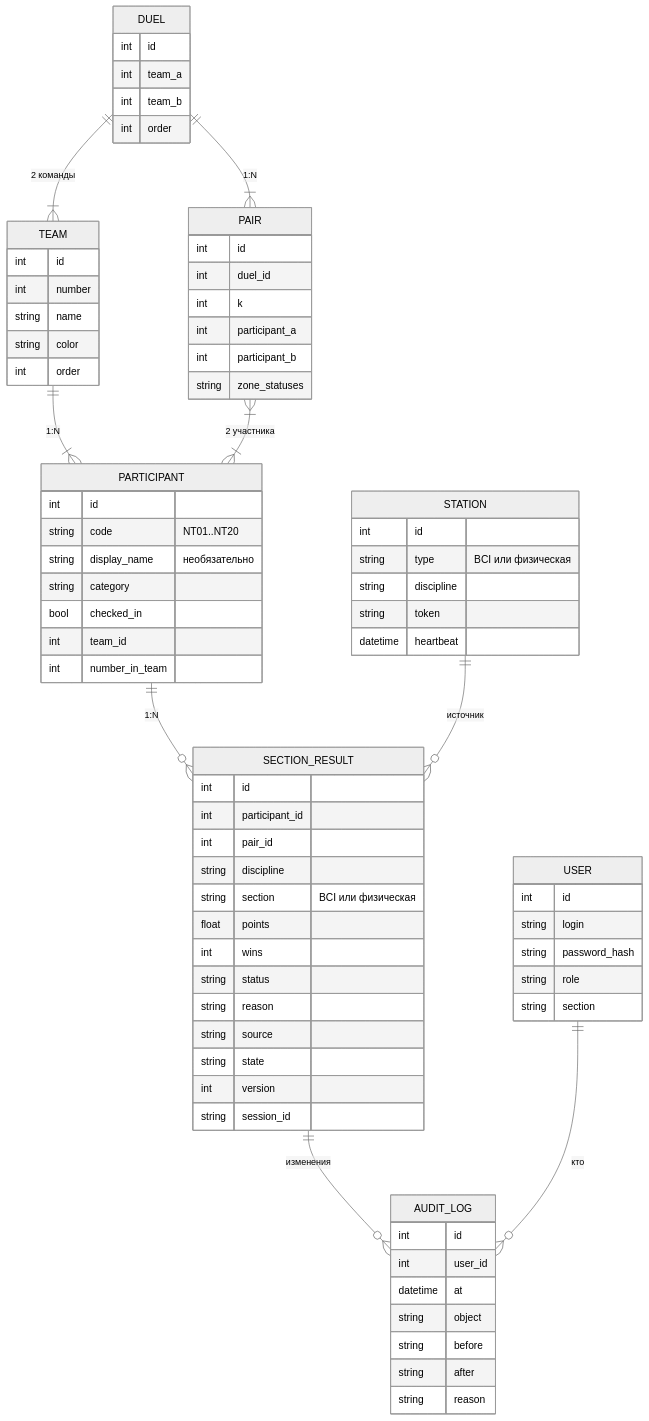
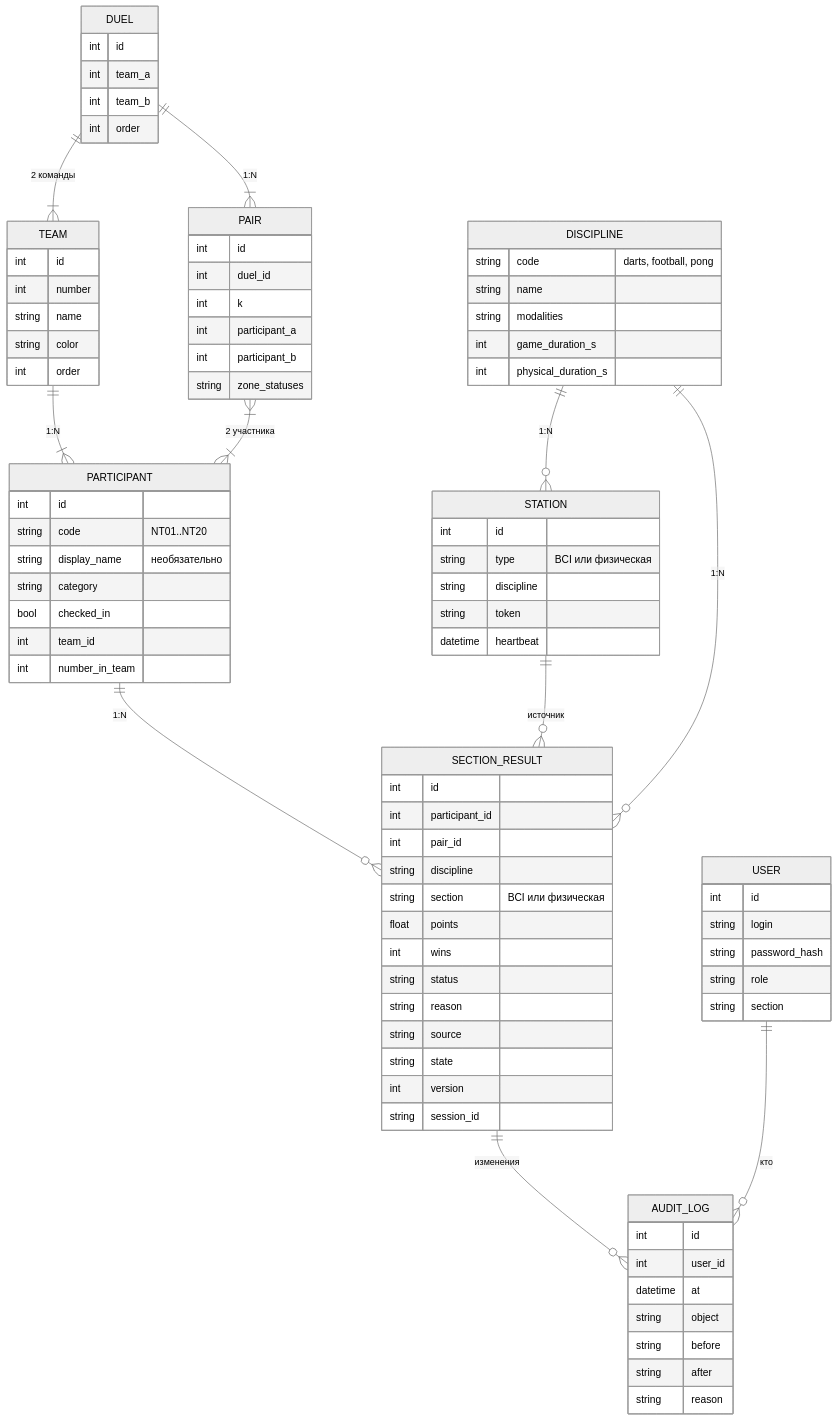
Before and after one commit to L0GIN0UT/Neurotlon: the seventh of 9 diagrams in docs/architecture.md, drawn with Mermaid (neutral theme). The commit also changed other lines of this file and 3 other files, not shown here.

Commit message:
feat(shared): configurable game and discipline durations

```diff
--- a/docs/architecture.md
+++ b/docs/architecture.md
@@ -144,6 +144,8 @@
     PAIR }|--|{ PARTICIPANT : "2 участника"
     PARTICIPANT ||--o{ SECTION_RESULT : "1:N"
     STATION ||--o{ SECTION_RESULT : "источник"
+    DISCIPLINE ||--o{ STATION : "1:N"
+    DISCIPLINE ||--o{ SECTION_RESULT : "1:N"
     SECTION_RESULT ||--o{ AUDIT_LOG : "изменения"
     USER ||--o{ AUDIT_LOG : "кто"
 
@@ -176,6 +178,13 @@
         int participant_a
         int participant_b
         string zone_statuses
+    }
+    DISCIPLINE {
+        string code "darts, football, pong"
+        string name
+        string modalities
+        int game_duration_s
+        int physical_duration_s
     }
     STATION {
         int id
```
